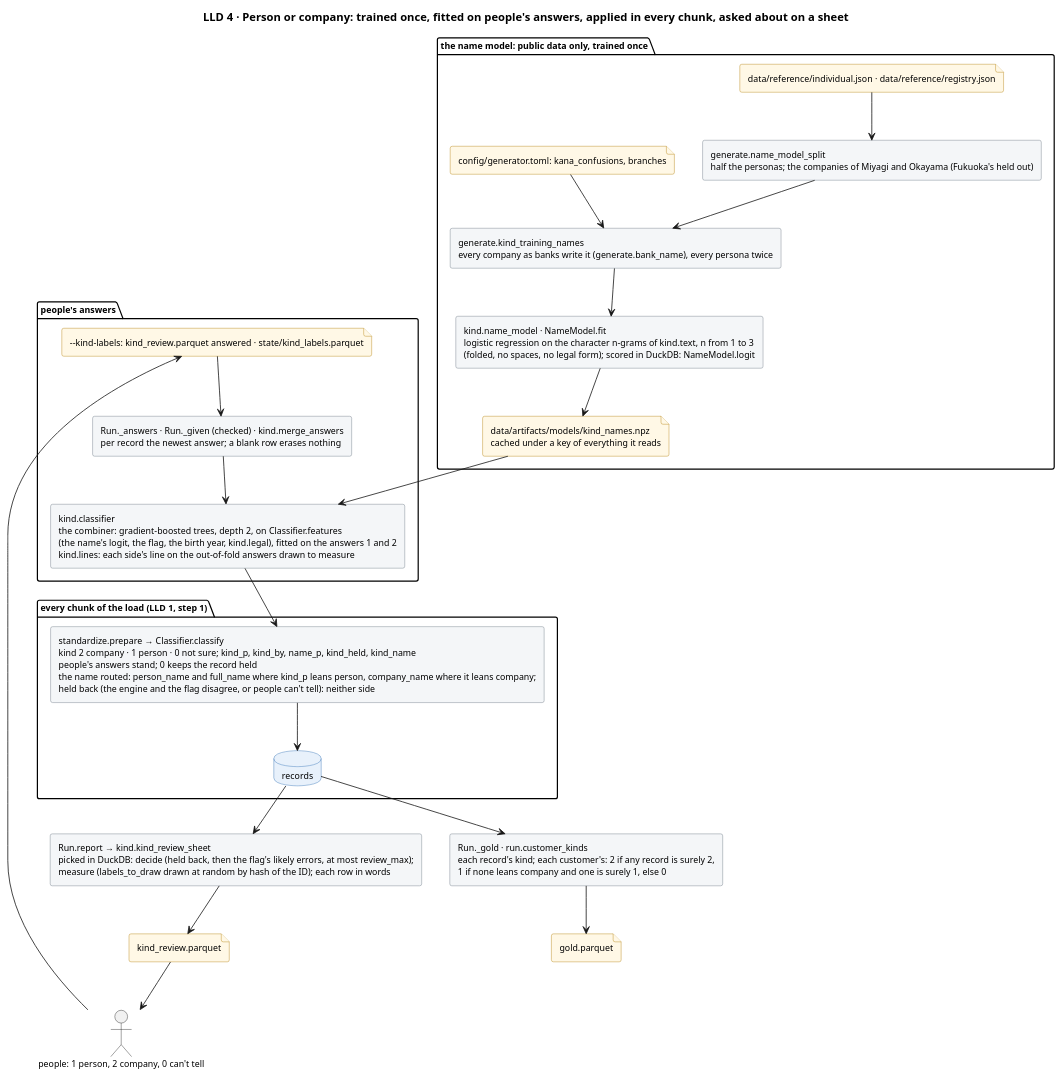
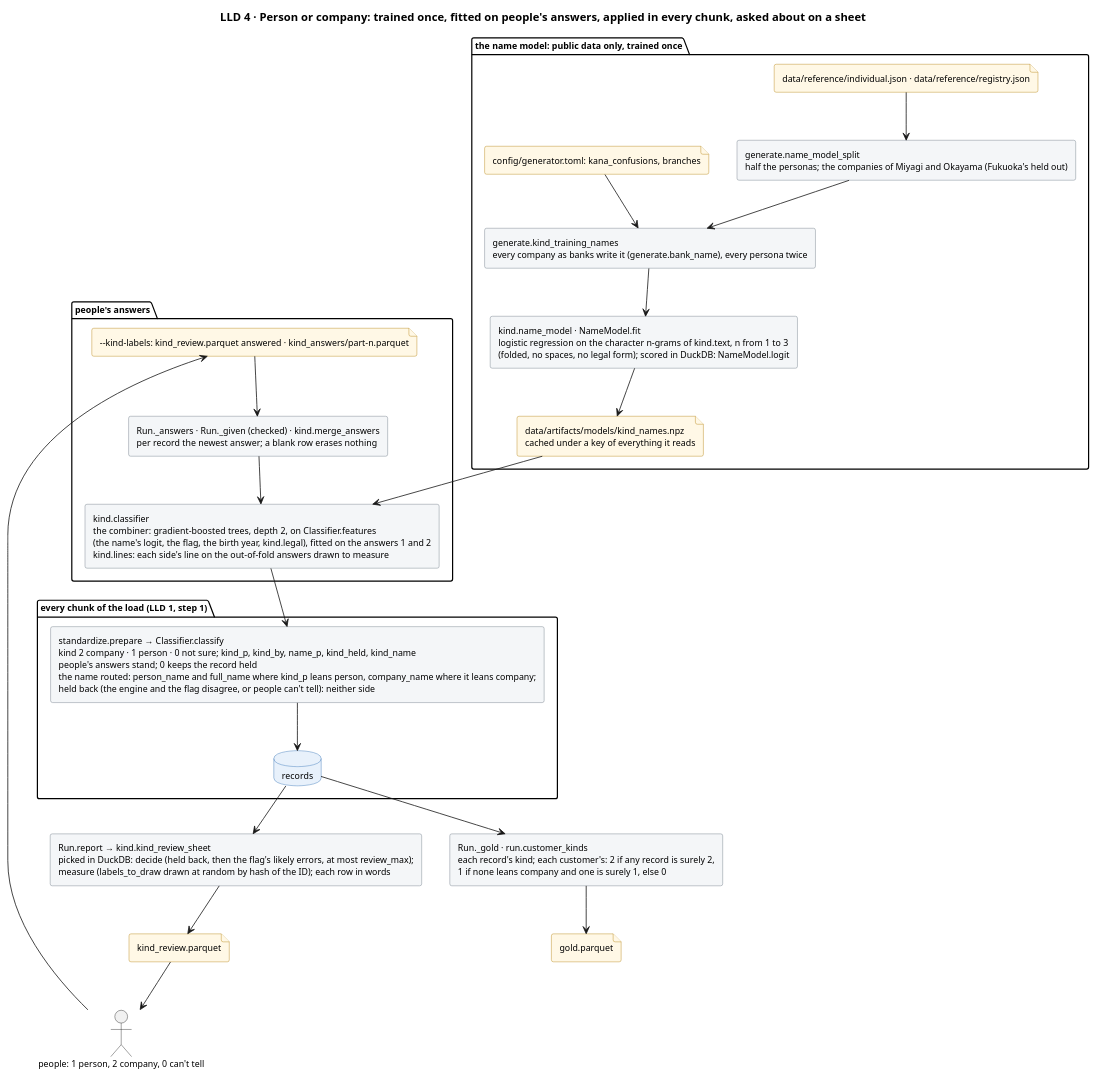
The diagram in docs/diagrams/kind.puml (mvsbm/entity_matching), drawn with PlantUML before and after one commit. The commit also changed 12 other files, not shown here.

First line of the commit message:
People's person/company answers kept as given, a part per sheet

```diff
--- a/docs/diagrams/kind.puml
+++ b/docs/diagrams/kind.puml
@@ -1,59 +1,59 @@
 @startuml kind
 title LLD 4 · Person or company: trained once, fitted on people's answers, applied in every chunk, asked about on a sheet
 skinparam defaultFontSize 11
 skinparam rectangle {
   BackgroundColor #F4F6F8
   BorderColor #65717E
 }
 skinparam database {
   BackgroundColor #E8F1FB
   BorderColor #2C6DB3
 }
 skinparam file {
   BackgroundColor #FFF8E6
   BorderColor #B07D00
 }
 
 package "the name model: public data only, trained once" {
   file "data/reference/individual.json · data/reference/registry.json" as f_ref
   file "config/generator.toml: kana_confusions, branches" as f_gen
   rectangle "generate.name_model_split\nhalf the personas; the companies of Miyagi and Okayama (Fukuoka's held out)" as split
   rectangle "generate.kind_training_names\nevery company as banks write it (generate.bank_name), every persona twice" as names
   rectangle "kind.name_model · NameModel.fit\nlogistic regression on the character n-grams of kind.text, n from 1 to 3\n(folded, no spaces, no legal form); scored in DuckDB: NameModel.logit" as model
   file "data/artifacts/models/kind_names.npz\ncached under a key of everything it reads" as f_cache
 }
 
 package "people's answers" {
-  file "~--kind-labels: kind_review.parquet answered · state/kind_labels.parquet" as f_answers
+  file "~--kind-labels: kind_review.parquet answered · kind_answers/part-n.parquet" as f_answers
   rectangle "Run._answers · Run._given (checked) · kind.merge_answers\nper record the newest answer; a blank row erases nothing" as merge
   rectangle "kind.classifier\nthe combiner: gradient-boosted trees, depth 2, on Classifier.features\n(the name's logit, the flag, the birth year, kind.legal), fitted on the answers 1 and 2\nkind.lines: each side's line on the out-of-fold answers drawn to measure" as fit
 }
 
 package "every chunk of the load (LLD 1, step 1)" {
   rectangle "standardize.prepare → Classifier.classify\nkind 2 company · 1 person · 0 not sure; kind_p, kind_by, name_p, kind_held, kind_name\npeople's answers stand; 0 keeps the record held\nthe name routed: person_name and full_name where kind_p leans person, company_name where it leans company;\nheld back (the engine and the flag disagree, or people can't tell): neither side" as classify
   database "records" as records
 }
 
 rectangle "Run._gold · run.customer_kinds\neach record's kind; each customer's: 2 if any record is surely 2,\n1 if none leans company and one is surely 1, else 0" as gold
 file "gold.parquet" as f_gold
 rectangle "Run.report → kind.kind_review_sheet\npicked in DuckDB: decide (held back, then the flag's likely errors, at most review_max);\nmeasure (labels_to_draw drawn at random by hash of the ID); each row in words" as sheet
 file "kind_review.parquet" as f_sheet
 actor "people: 1 person, 2 company, 0 can't tell" as people
 
 f_ref --> split
 split --> names
 f_gen --> names
 names --> model
 model --> f_cache
 f_cache --> fit
 f_answers --> merge
 merge --> fit
 fit --> classify
 classify --> records
 records --> gold
 gold --> f_gold
 records --> sheet
 sheet --> f_sheet
 f_sheet --> people
 people --> f_answers
 @enduml
```
